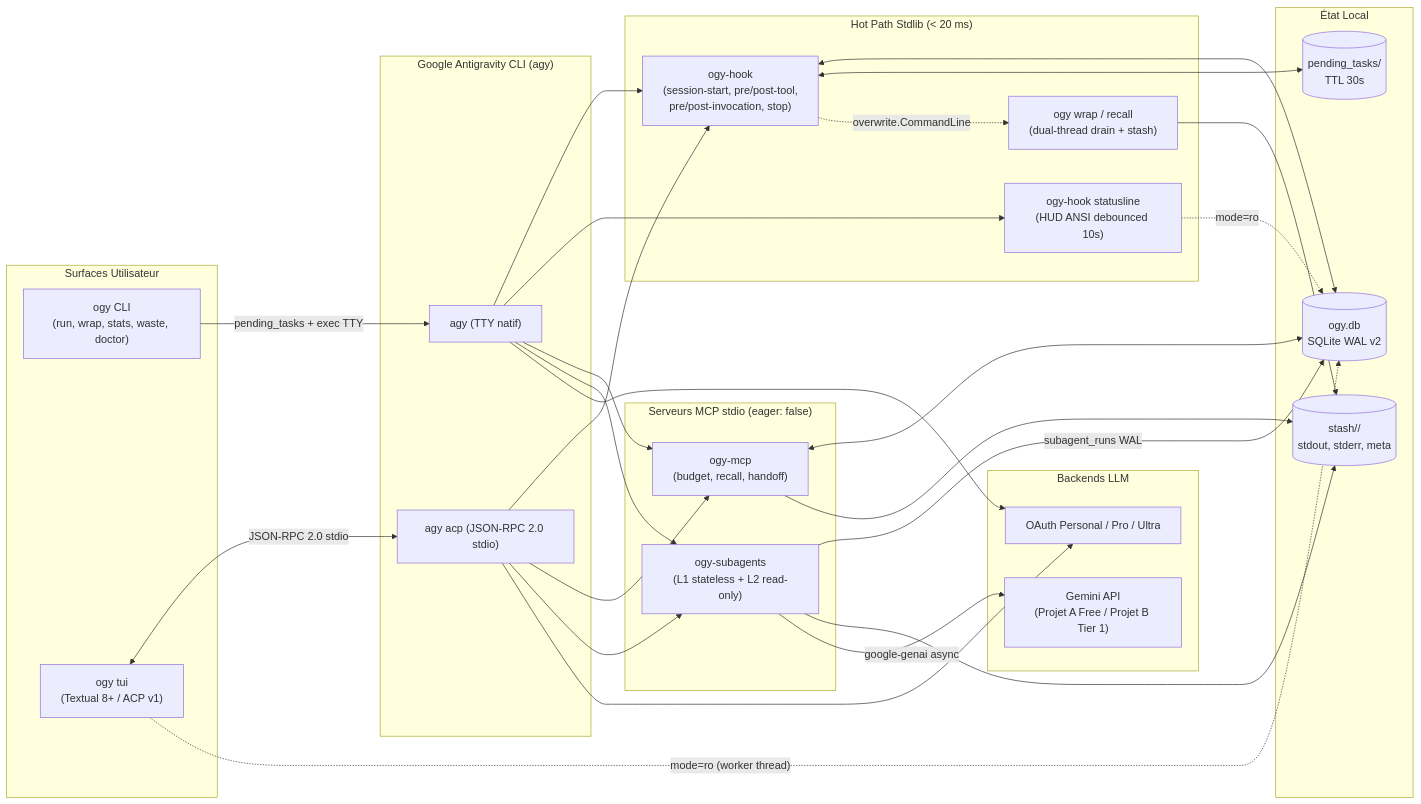
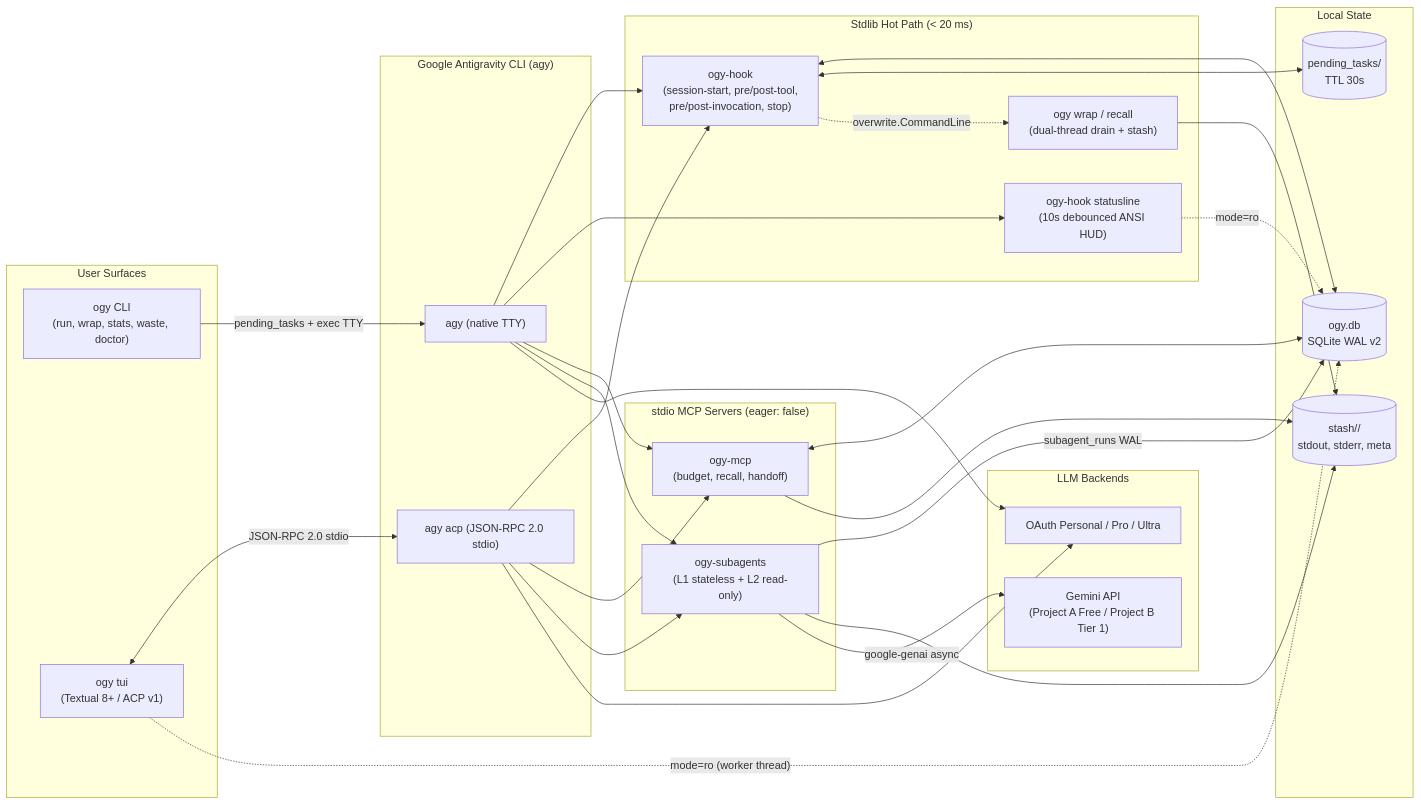
Before and after one commit to Pibaps/optigravity: the diagram in README.technical.md, drawn with Mermaid. The commit also changed other lines of this file, not shown here.

````diff
--- a/README.technical.md
+++ b/README.technical.md
@@ -27,60 +27,60 @@
 ```mermaid
 flowchart LR
-    subgraph User["Surfaces Utilisateur"]
+    subgraph User["User Surfaces"]
         CLI["ogy CLI\n(run, wrap, stats, waste, doctor)"]
         TUI["ogy tui\n(Textual 8+ / ACP v1)"]
     end
 
     subgraph Agy["Google Antigravity CLI (agy)"]
-        AGY_TTY["agy (TTY natif)"]
+        AGY_TTY["agy (native TTY)"]
         AGY_ACP["agy acp (JSON-RPC 2.0 stdio)"]
     end
 
-    subgraph Runtime["Hot Path Stdlib (< 20 ms)"]
+    subgraph Runtime["Stdlib Hot Path (< 20 ms)"]
         HOOK["ogy-hook\n(session-start, pre/post-tool,\npre/post-invocation, stop)"]
-        HUD["ogy-hook statusline\n(HUD ANSI debounced 10s)"]
+        HUD["ogy-hook statusline\n(10s debounced ANSI HUD)"]
         WRAP["ogy wrap / recall\n(dual-thread drain + stash)"]
     end
 
-    subgraph MCP["Serveurs MCP stdio (eager: false)"]
+    subgraph MCP["stdio MCP Servers (eager: false)"]
         OGY_MCP["ogy-mcp\n(budget, recall, handoff)"]
         SUB["ogy-subagents\n(L1 stateless + L2 read-only)"]
     end
 
-    subgraph State["État Local"]
+    subgraph State["Local State"]
         DB[("ogy.db\nSQLite WAL v2")]
         STASH[("stash/<hash>/\nstdout, stderr, meta")]
         PENDING[("pending_tasks/\nTTL 30s")]
     end
 
-    subgraph External["Backends LLM"]
+    subgraph External["LLM Backends"]
         OAUTH["OAuth Personal / Pro / Ultra"]
-        GAPI["Gemini API\n(Projet A Free / Projet B Tier 1)"]
+        GAPI["Gemini API\n(Project A Free / Project B Tier 1)"]
     end
 
     CLI -->|"pending_tasks + exec TTY"| AGY_TTY
     TUI <-->|"JSON-RPC 2.0 stdio"| AGY_ACP
     TUI -.->|"mode=ro (worker thread)"| DB
 
     AGY_TTY --> HOOK
     AGY_TTY --> HUD
     AGY_TTY --> OGY_MCP
     AGY_TTY --> SUB
     AGY_ACP --> HOOK
     AGY_ACP --> OGY_MCP
     AGY_ACP --> SUB
 
     HOOK <--> DB
     HOOK <--> PENDING
     HOOK -.->|"overwrite.CommandLine"| WRAP
     WRAP --> STASH
     HUD -.->|"mode=ro"| DB
 
     OGY_MCP <--> DB
     OGY_MCP --> STASH
     SUB -->|"subagent_runs WAL"| DB
     SUB --> STASH
     SUB -->|"google-genai async"| GAPI
     AGY_TTY --> OAUTH
     AGY_ACP --> OAUTH
 ```
````
